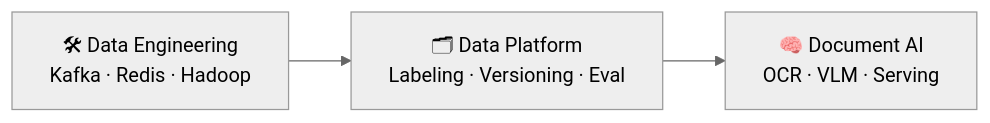
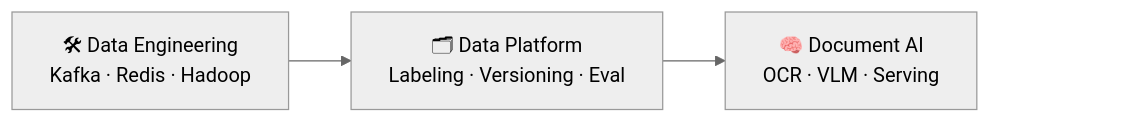
The second of 5 diagrams in README.md (bigstones/bigstones), drawn with Mermaid (neutral theme) before and after one commit. The commit also changed other lines of this file, not shown here.

Commit message:
🎨 Career gantt 가독성 개선: 폭 축소·글자 확대·오늘 표시선 제거

````diff
--- a/README.md
+++ b/README.md
@@ -36,4 +38,6 @@
 ```mermaid
 flowchart LR
     A["🛠 Data Engineering<br/>Kafka · Redis · Hadoop"] --> B["🗂 Data Platform<br/>Labeling · Versioning · Eval"] --> C["🧠 Document AI<br/>OCR · VLM · Serving"]
+    C ~~~ PAD[" "]
+    style PAD fill:none,stroke:none
 ```
````
